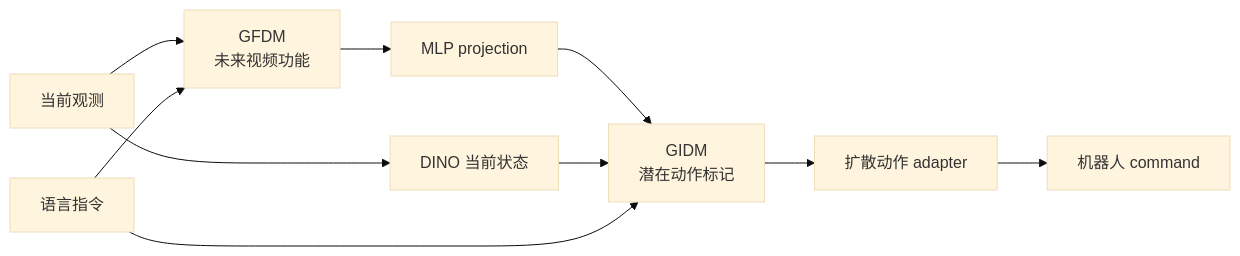
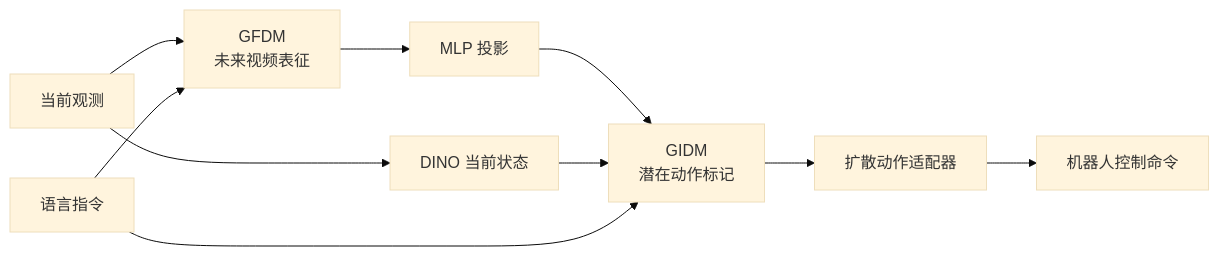
Before and after one commit to niuverse/llm-wiki: the diagram in wiki/sources/disentangled-robot-learning-via-separate-forward-and-inverse-dynamics-pretraining.md, drawn with Mermaid (base theme). The commit also changed other lines of this file and 222 other files, not shown here.

````diff
--- a/wiki/sources/disentangled-robot-learning-via-separate-forward-and-inverse-dynamics-pretraining.md
+++ b/wiki/sources/disentangled-robot-learning-via-separate-forward-and-inverse-dynamics-pretraining.md
@@ -51,12 +44,12 @@
 ```mermaid
 flowchart LR
-  O["当前观测"] --> G["GFDM<br/>未来视频功能"]
+  O["当前观测"] --> G["GFDM<br/>未来视频表征"]
   L["语言指令"] --> G
-  G --> P["MLP projection"]
+  G --> P["MLP 投影"]
   O --> D["DINO 当前状态"]
   P --> I["GIDM<br/>潜在动作标记"]
   D --> I
   L --> I
-  I --> A["扩散动作 adapter"]
-  A --> R["机器人 command"]
+  I --> A["扩散动作适配器"]
+  A --> R["机器人控制命令"]
 ```
````
